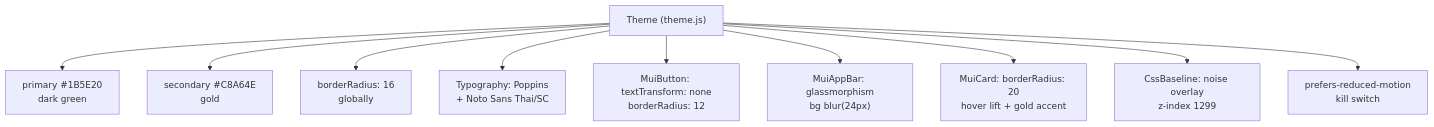
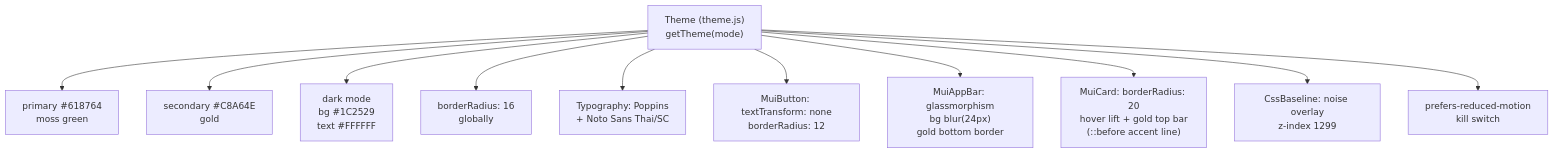
One commit to SolightzZ/assignment-udonexpo2026 changed the fifth of 9 diagrams in FLOW.md. Above: the diagram before and after it, drawn with Mermaid. The commit also changed other lines of this file and 39 other files, not shown here.

````diff
--- a/FLOW.md
+++ b/FLOW.md
@@ -59,12 +63,13 @@
 ```mermaid
 flowchart TD
-    AJ["Theme (theme.js)"] --> AK["primary #1B5E20<br/>dark green"]
-    AJ --> AL["secondary #C8A64E<br/>gold"]
-    AJ --> AM["borderRadius: 16<br/>globally"]
-    AJ --> AN["Typography: Poppins<br/>+ Noto Sans Thai/SC"]
-    AJ --> AO["MuiButton: textTransform: none<br/>borderRadius: 12"]
-    AJ --> AP["MuiAppBar: glassmorphism<br/>bg blur(24px)"]
-    AJ --> AQ["MuiCard: borderRadius: 20<br/>hover lift + gold accent"]
-    AJ --> AR["CssBaseline: noise overlay<br/>z-index 1299"]
-    AJ --> AS["prefers-reduced-motion<br/>kill switch"]
+    AR["Theme (theme.js)<br/>getTheme(mode)"] --> AS["primary #618764<br/>moss green"]
+    AR --> AT["secondary #C8A64E<br/>gold"]
+    AR --> AU["dark mode<br/>bg #1C2529<br/>text #FFFFFF"]
+    AR --> AV["borderRadius: 16<br/>globally"]
+    AR --> AW["Typography: Poppins<br/>+ Noto Sans Thai/SC"]
+    AR --> AX["MuiButton: textTransform: none<br/>borderRadius: 12"]
+    AR --> AY["MuiAppBar: glassmorphism<br/>bg blur(24px)<br/>gold bottom border"]
+    AR --> AZ["MuiCard: borderRadius: 20<br/>hover lift + gold top bar<br/>(::before accent line)"]
+    AR --> BA["CssBaseline: noise overlay<br/>z-index 1299"]
+    AR --> BB["prefers-reduced-motion<br/>kill switch"]
 ```
````
